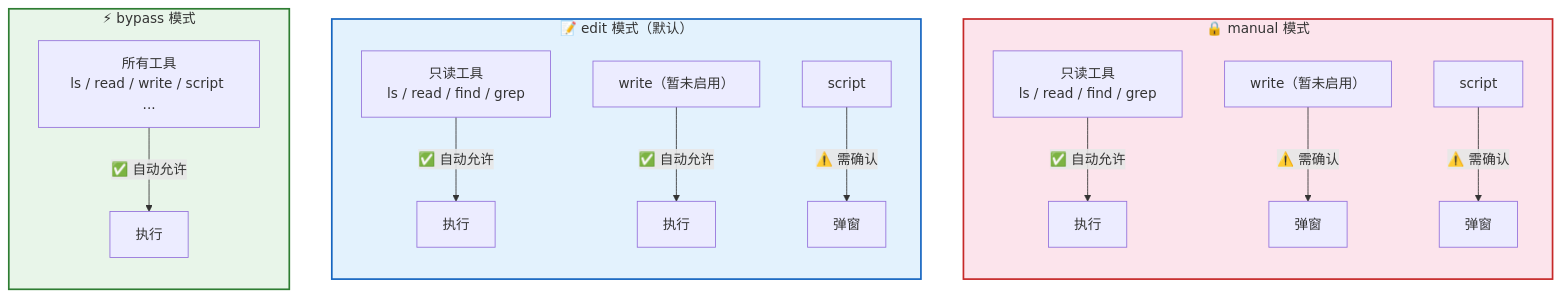
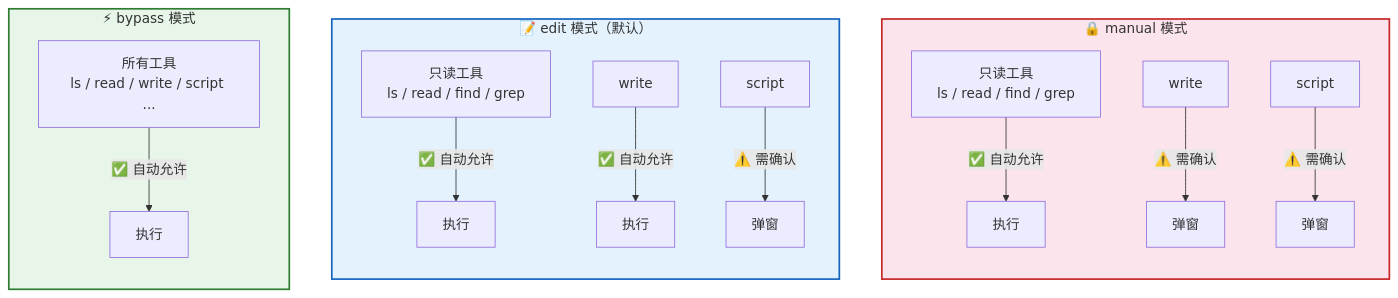
Before and after one commit to rtc-agent/docs: the second of 5 diagrams in src/content/docs/concepts/work-modes.md, drawn with Mermaid. The commit also changed other lines of this file and 3 other files, not shown here.

````diff
--- a/src/content/docs/concepts/work-modes.md
+++ b/src/content/docs/concepts/work-modes.md
@@ -45,25 +43,25 @@
 ```mermaid
 flowchart TD
     subgraph MANUAL["🔒 manual 模式"]
         direction TB
         M1["只读工具<br/>ls / read / find / grep"] -->|"✅ 自动允许"| M1R["执行"]
-        M2["write（暂未启用）"] -->|"⚠️ 需确认"| M2R["弹窗"]
+        M2["write"] -->|"⚠️ 需确认"| M2R["弹窗"]
         M3["script"] -->|"⚠️ 需确认"| M3R["弹窗"]
     end
 
     subgraph EDIT["📝 edit 模式（默认）"]
         direction TB
         E1["只读工具<br/>ls / read / find / grep"] -->|"✅ 自动允许"| E1R["执行"]
-        E2["write（暂未启用）"] -->|"✅ 自动允许"| E2R["执行"]
+        E2["write"] -->|"✅ 自动允许"| E2R["执行"]
         E3["script"] -->|"⚠️ 需确认"| E3R["弹窗"]
     end
 
     subgraph BYPASS["⚡ bypass 模式"]
         direction TB
         B1["所有工具<br/>ls / read / write / script ..."] -->|"✅ 自动允许"| B1R["执行"]
     end
 
     style MANUAL fill:#fce4ec,stroke:#c62828,stroke-width:2px
     style EDIT fill:#e3f2fd,stroke:#1565c0,stroke-width:2px
     style BYPASS fill:#e8f5e9,stroke:#2e7d32,stroke-width:2px
 ```
````
